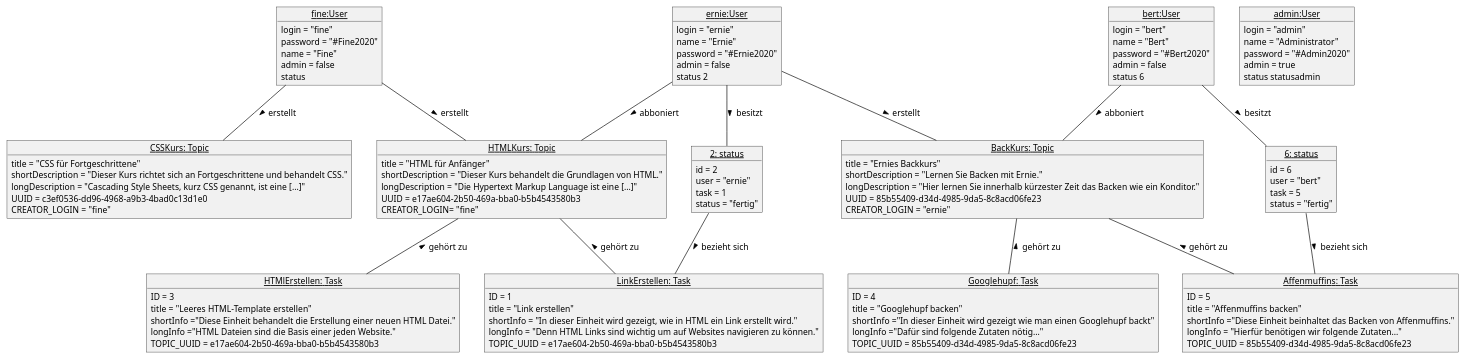
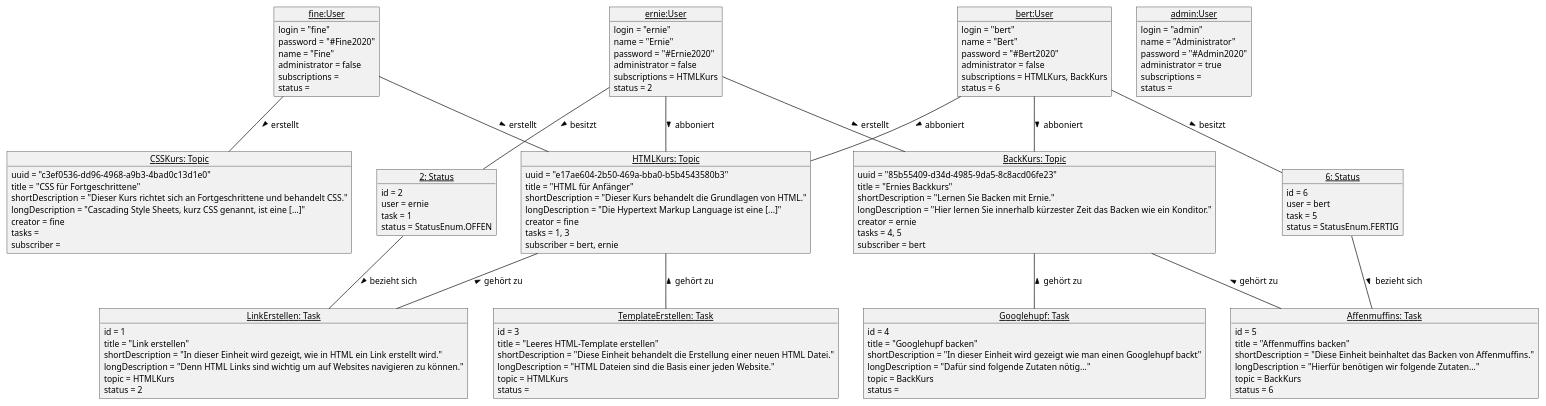
One commit to SimonHirner/agenda20 changed the diagram in doku/Objektmodell.plantuml. Above: the diagram before and after it, drawn with PlantUML. The commit also changed 6 other files, not shown here.

Commit message:
AG-19: Änderungen von Topic-Beschreibungen

```diff
--- a/doku/Objektmodell.plantuml
+++ b/doku/Objektmodell.plantuml
@@ -1,131 +1,146 @@
 @startuml
 
 ' Layout
 skinparam classAttributeIconSize 0
 skinparam monochrome true
 skinparam shadowing false
 skinparam DefaultFontName arial
 skinparam DefaultFontSize 12
 skinparam ClassFontStyle bold
 
 'User
 object "<u>fine:User</u>" as fine{
     login = "fine"
     password = "#Fine2020"
     name = "Fine"
-    admin = false
-    status
+    administrator = false
+    subscriptions = 
+    status = 
 }
 object "<u>ernie:User</u>" as ernie{
     login = "ernie"
     name = "Ernie"
     password = "#Ernie2020"
-    admin = false
-    status 2
+    administrator = false
+    subscriptions = HTMLKurs
+    status = 2
 }
 object "<u>bert:User</u>" as bert{
     login = "bert"
     name = "Bert"
     password = "#Bert2020"
-    admin = false
-    status 6
+    administrator = false
+    subscriptions = HTMLKurs, BackKurs
+    status = 6
 }
 object "<u>admin:User</u>" as admin{
     login = "admin"
     name = "Administrator"
     password = "#Admin2020"
-    admin = true
-    status statusadmin
+    administrator = true
+    subscriptions = 
+    status = 
 }
 
 'Topics
 object "<u>HTMLKurs: Topic</u>" as HTMLKurs{
+	uuid = "e17ae604-2b50-469a-bba0-b5b4543580b3"
     title = "HTML für Anfänger"
     shortDescription = "Dieser Kurs behandelt die Grundlagen von HTML."
     longDescription = "Die Hypertext Markup Language ist eine [...]"
-    UUID = e17ae604-2b50-469a-bba0-b5b4543580b3
-    CREATOR_LOGIN= "fine"
+    creator = fine
+    tasks = 1, 3
+    subscriber = bert, ernie
 
 }
 object "<u>CSSKurs: Topic</u>" as CSSKurs{
+	uuid = "c3ef0536-dd96-4968-a9b3-4bad0c13d1e0"
     title = "CSS für Fortgeschrittene"
     shortDescription = "Dieser Kurs richtet sich an Fortgeschrittene und behandelt CSS."
     longDescription = "Cascading Style Sheets, kurz CSS genannt, ist eine [...]"
-    UUID = c3ef0536-dd96-4968-a9b3-4bad0c13d1e0
-    CREATOR_LOGIN = "fine"
+    creator = fine
+    tasks = 
+    subscriber = 
 }
 object "<u>BackKurs: Topic</u>" as BackKurs{
+	uuid = "85b55409-d34d-4985-9da5-8c8acd06fe23"
     title = "Ernies Backkurs"
     shortDescription = "Lernen Sie Backen mit Ernie."
     longDescription = "Hier lernen Sie innerhalb kürzester Zeit das Backen wie ein Konditor."
-    UUID = 85b55409-d34d-4985-9da5-8c8acd06fe23
-    CREATOR_LOGIN = "ernie"
+    creator = ernie
+    tasks = 4, 5
+    subscriber = bert
 }
 
 'Tasks
 object "<u>LinkErstellen: Task</u>" as LinkErstellen {
-    ID = 1
+    id = 1
     title = "Link erstellen"
-    shortInfo = "In dieser Einheit wird gezeigt, wie in HTML ein Link erstellt wird."
-    longInfo = "Denn HTML Links sind wichtig um auf Websites navigieren zu können."
-    TOPIC_UUID = e17ae604-2b50-469a-bba0-b5b4543580b3
+    shortDescription = "In dieser Einheit wird gezeigt, wie in HTML ein Link erstellt wird."
+    longDescription = "Denn HTML Links sind wichtig um auf Websites navigieren zu können."
+    topic = HTMLKurs
+    status = 2
 }
-object "<u>HTMlErstellen: Task</u>" as HTMlErstellen {
-    ID = 3
+object "<u>TemplateErstellen: Task</u>" as HTMlErstellen {
+    id = 3
     title = "Leeres HTML-Template erstellen"
-    shortInfo ="Diese Einheit behandelt die Erstellung einer neuen HTML Datei."
-    longInfo ="HTML Dateien sind die Basis einer jeden Website."
-    TOPIC_UUID = e17ae604-2b50-469a-bba0-b5b4543580b3
+    shortDescription = "Diese Einheit behandelt die Erstellung einer neuen HTML Datei."
+    longDescription = "HTML Dateien sind die Basis einer jeden Website."
+    topic = HTMLKurs
+    status =
 }
 object "<u>Googlehupf: Task</u>" as Googlehupf {
-    ID = 4
+    id = 4
     title = "Googlehupf backen"
-    shortInfo ="In dieser Einheit wird gezeigt wie man einen Googlehupf backt"
-    longInfo ="Dafür sind folgende Zutaten nötig..."
-    TOPIC_UUID = 85b55409-d34d-4985-9da5-8c8acd06fe23
+    shortDescription = "In dieser Einheit wird gezeigt wie man einen Googlehupf backt"
+    longDescription = "Dafür sind folgende Zutaten nötig..."
+    topic = BackKurs
+    status =
 }
 object "<u>Affenmuffins: Task</u>" as Affenmuffins {
-    ID = 5
+    id = 5
     title = "Affenmuffins backen"
-    shortInfo ="Diese Einheit beinhaltet das Backen von Affenmuffins."
-    longInfo = "Hierfür benötigen wir folgende Zutaten..."
-    TOPIC_UUID = 85b55409-d34d-4985-9da5-8c8acd06fe23
+    shortDescription = "Diese Einheit beinhaltet das Backen von Affenmuffins."
+    longDescription = "Hierfür benötigen wir folgende Zutaten..."
+    topic = BackKurs
+    status = 6
 }
 
 'status
-object "<u>2: status</u>" as 2{
+object "<u>2: Status</u>" as 2{
 	id = 2
-	user = "ernie"
+	user = ernie
 	task = 1
-	status = "fertig"
+	status = StatusEnum.OFFEN
 }
 
-object "<u>6: status</u>" as 6{
+object "<u>6: Status</u>" as 6{
 	id = 6
-	user = "bert"
+	user = bert
 	task = 5
-	status = "fertig"
+	status = StatusEnum.FERTIG
 }
 
 'Assoziationen
 fine -- HTMLKurs :> erstellt
 fine -- CSSKurs :> erstellt
 ernie -- BackKurs :> erstellt
 
 ernie -- 2 :> besitzt
 bert -- 6 :> besitzt
 
 ernie -- HTMLKurs :> abboniert
+bert -- HTMLKurs :> abboniert
 bert -- BackKurs :> abboniert
 
 HTMLKurs -- LinkErstellen :< gehört zu
 HTMLKurs -- HTMlErstellen :< gehört zu
 
 6 -- Affenmuffins :> bezieht sich
 2 -- LinkErstellen :> bezieht sich
 
 BackKurs -- Googlehupf :< gehört zu
 BackKurs -- Affenmuffins :< gehört zu
 
 
 @enduml
```
